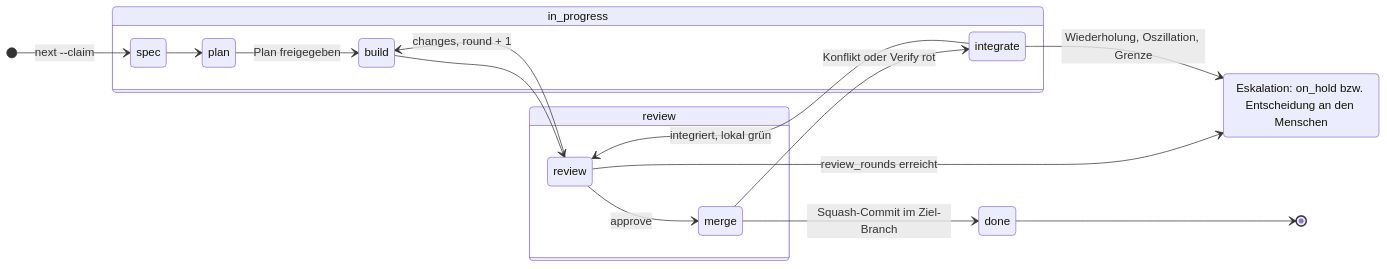
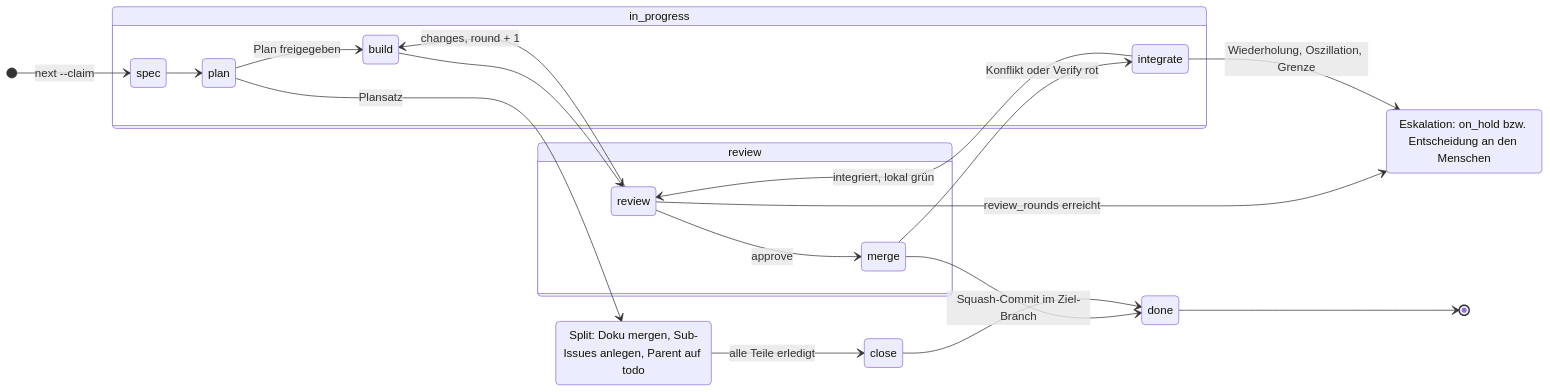
Before and after one commit to spearwolf/backe: the third of 10 diagrams in docs/proposals/backstube.md, drawn with Mermaid. The commit also changed other lines of this file, not shown here.

First line of the commit message:
docs: Plansätze und intake teilen Issues per Manifest in Sub-Issues

````diff
--- a/docs/proposals/backstube.md
+++ b/docs/proposals/backstube.md
@@ -280,24 +282,28 @@
 ```mermaid
 stateDiagram-v2
   direction LR
   state "Eskalation: on_hold bzw. Entscheidung an den Menschen" as esc
+  state "Split: Doku mergen, Sub-Issues anlegen, Parent auf todo" as split
   [*] --> spec: next --claim
   state in_progress {
     spec --> plan
     plan --> build: Plan freigegeben
     integrate
   }
   state review {
     rev: review
     merge
   }
   build --> rev
   rev --> build: changes, round + 1
   rev --> merge: approve
   merge --> integrate: Konflikt oder Verify rot
   integrate --> rev: integriert, lokal grün
   merge --> done: Squash-Commit im Ziel-Branch
+  plan --> split: Plansatz
+  split --> close: alle Teile erledigt
+  close --> done
   rev --> esc: review_rounds erreicht
   integrate --> esc: Wiederholung, Oszillation, Grenze
   done --> [*]
 ```
````
